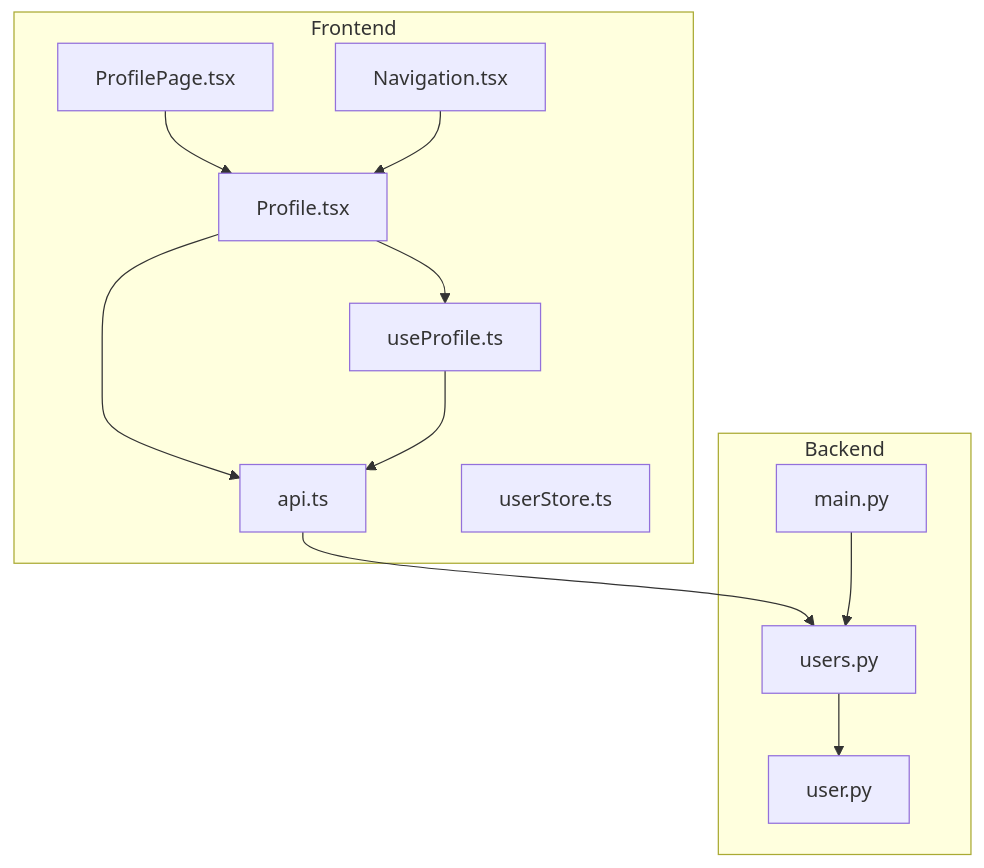
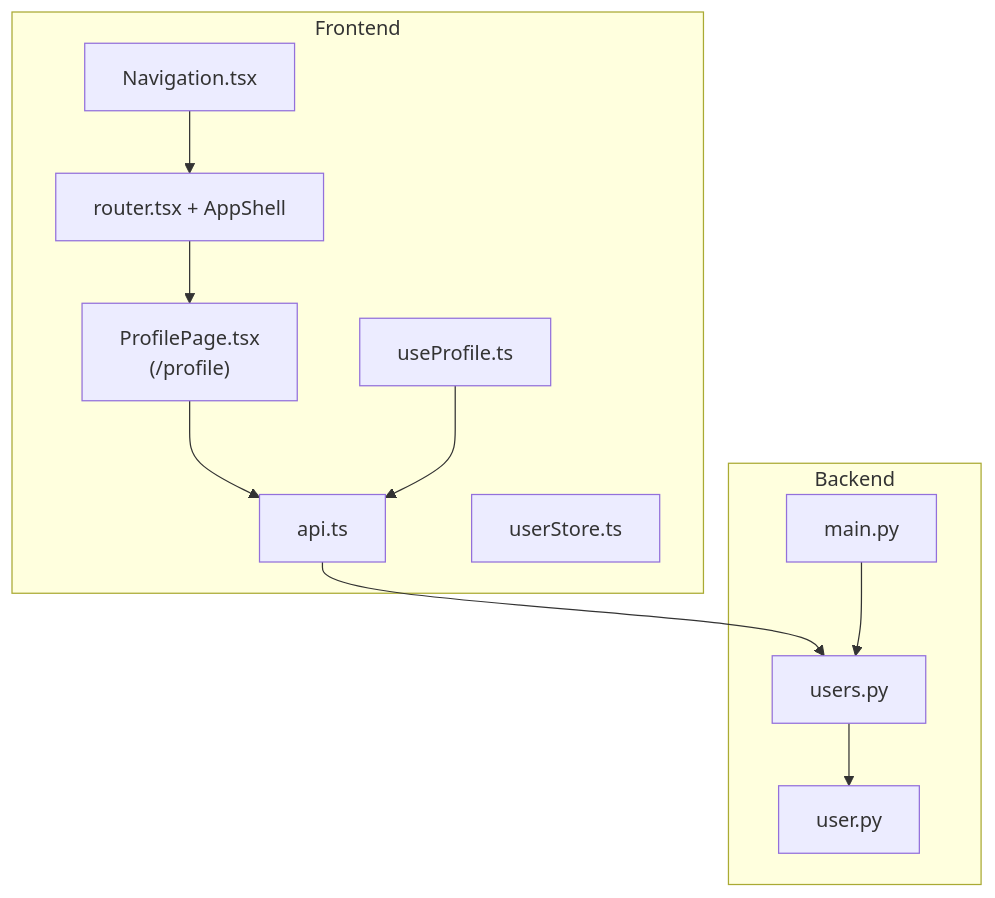
One commit to nilsnavi/fit_trackerpro changed the first of 7 diagrams in .qoder/repowiki/en/content/Frontend Component Architecture/Page Components/Profile Page.md. Above: the diagram before and after it, drawn with Mermaid. The commit also changed other lines of this file and 9 other files, not shown here.

First line of the commit message:
Профиль: один экран ProfilePage и актуализация документации qoder

````diff
--- a/.qoder/repowiki/en/content/Frontend Component Architecture/Page Components/Profile Page.md
+++ b/.qoder/repowiki/en/content/Frontend Component Architecture/Page Components/Profile Page.md
@@ -44,24 +46,23 @@
 ```mermaid
 graph TB
 subgraph "Frontend"
-P["Profile.tsx"]
-PP["ProfilePage.tsx"]
+PP["ProfilePage.tsx<br/>(/profile)"]
+RT["router.tsx + AppShell"]
 HP["useProfile.ts"]
 API["api.ts"]
 US["userStore.ts"]
 NAV["Navigation.tsx"]
 end
 subgraph "Backend"
 UM["user.py"]
 UR["users.py"]
 MAIN["main.py"]
 end
-P --> HP
-PP --> P
-P --> API
+RT --> PP
+PP --> API
 HP --> API
 API --> UR
 UR --> UM
 MAIN --> UR
-NAV --> P
+NAV --> RT
 ```
````
